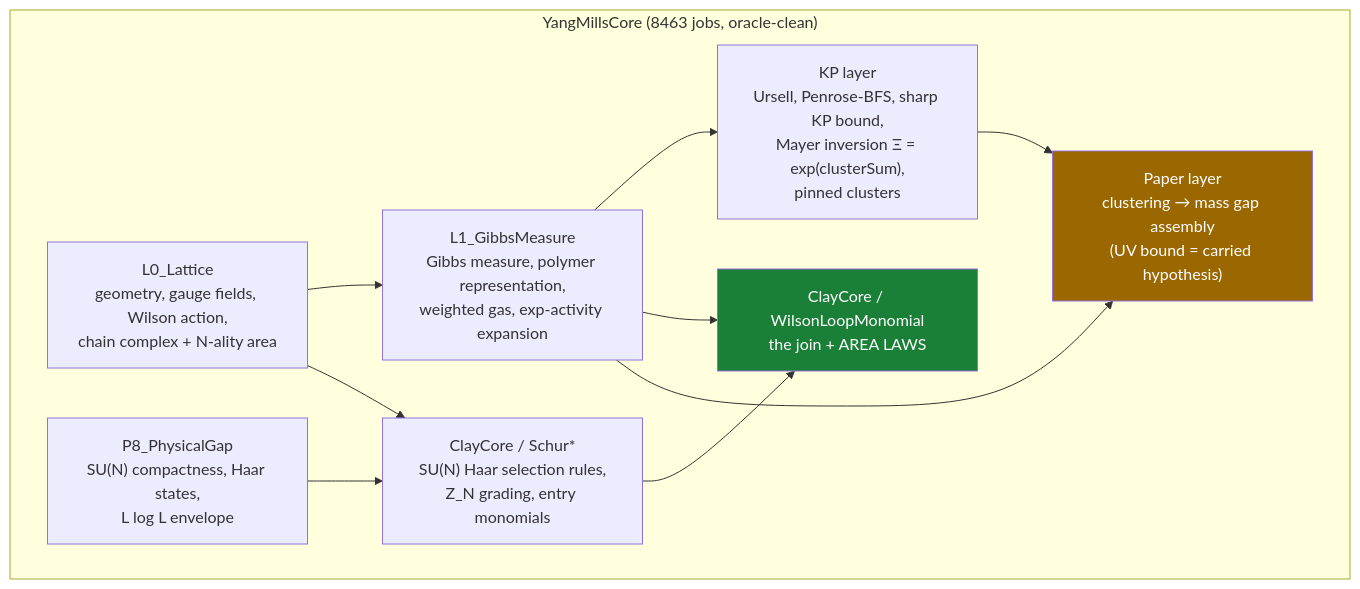
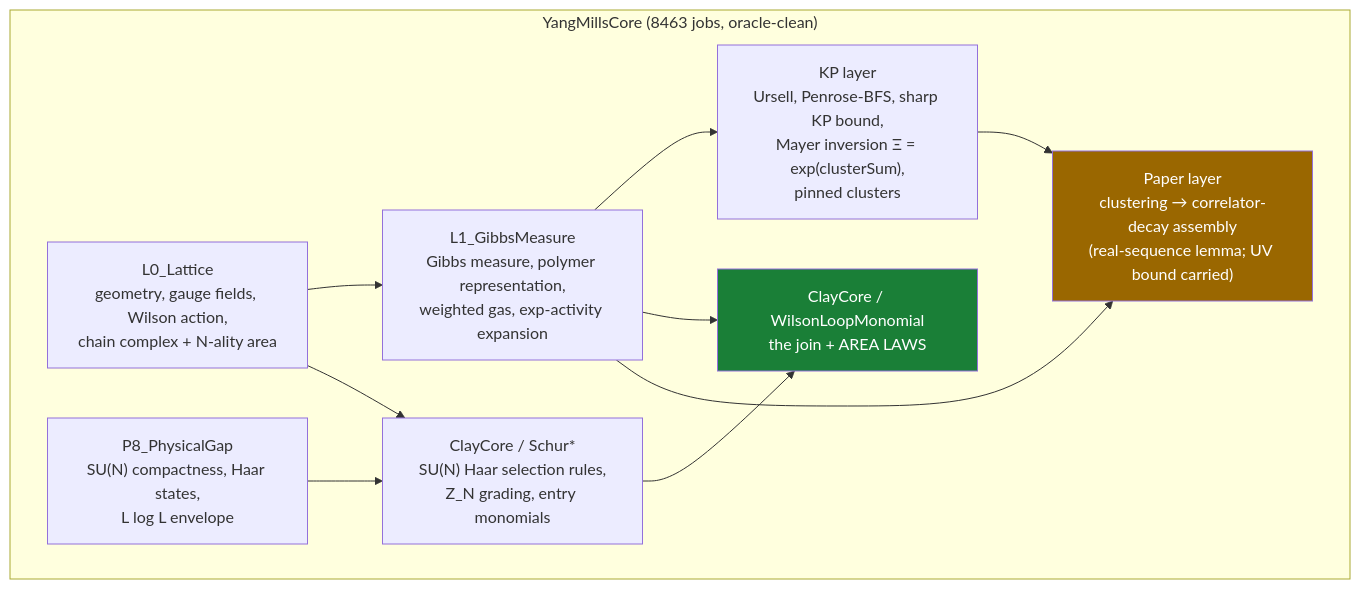
The diagram in README.md (lluiseriksson/THE-ERIKSSON-PROGRAMME), drawn with Mermaid before and after one commit. The commit also changed other lines of this file and 12 other files, not shown here.

````diff
--- a/README.md
+++ b/README.md
@@ -243,20 +272,20 @@
 ```mermaid
 graph TD
     subgraph core["YangMillsCore  (8463 jobs, oracle-clean)"]
         L0["L0_Lattice<br/>geometry, gauge fields, Wilson action,<br/>chain complex + N-ality area"]
         L1["L1_GibbsMeasure<br/>Gibbs measure, polymer representation,<br/>weighted gas, exp-activity expansion"]
         KP["KP layer<br/>Ursell, Penrose-BFS, sharp KP bound,<br/>Mayer inversion Ξ = exp(clusterSum),<br/>pinned clusters"]
         SCHUR["ClayCore / Schur*<br/>SU(N) Haar selection rules,<br/>Z_N grading, entry monomials"]
         WLM["ClayCore / WilsonLoopMonomial<br/>the join + AREA LAWS"]
-        PAPER["Paper layer<br/>clustering → mass gap assembly<br/>(UV bound = carried hypothesis)"]
+        PAPER["Paper layer<br/>clustering → correlator-decay assembly<br/>(real-sequence lemma; UV bound carried)"]
         P8["P8_PhysicalGap<br/>SU(N) compactness, Haar states,<br/>L log L envelope"]
     end
     L0 --> L1 --> KP
     L0 --> SCHUR --> WLM
     L1 --> WLM
     L1 --> PAPER
     KP --> PAPER
     P8 --> SCHUR
     style WLM fill:#1a7f37,color:#fff
     style PAPER fill:#9a6700,color:#fff
 ```
````
